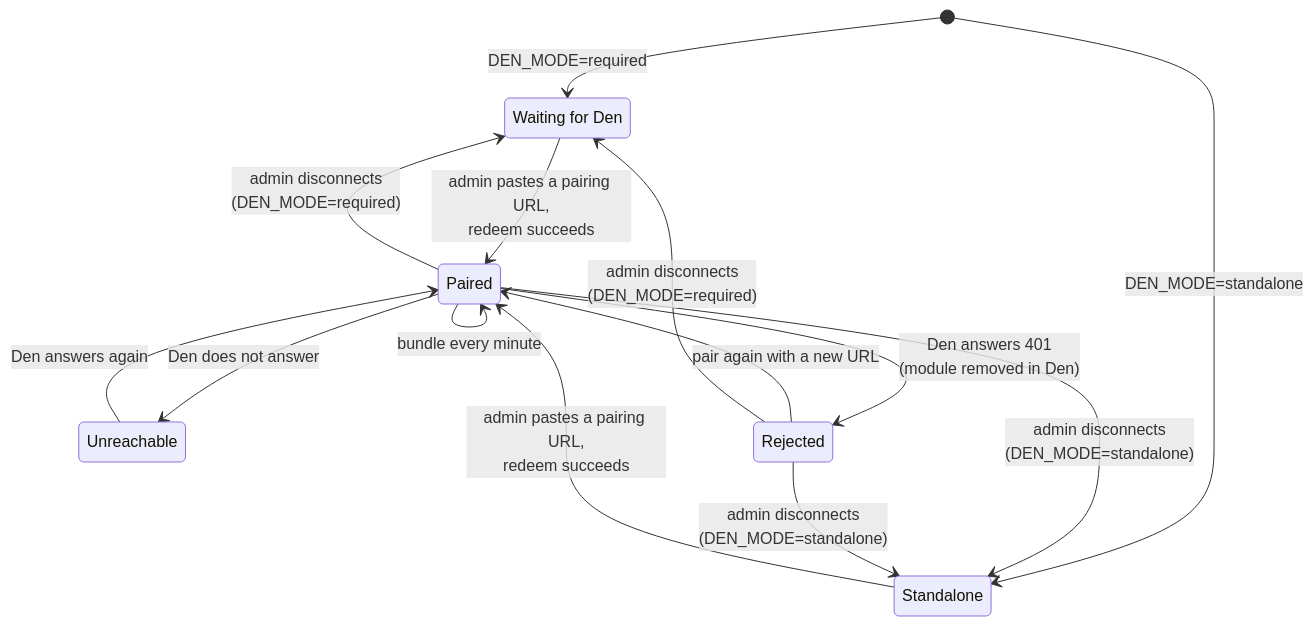
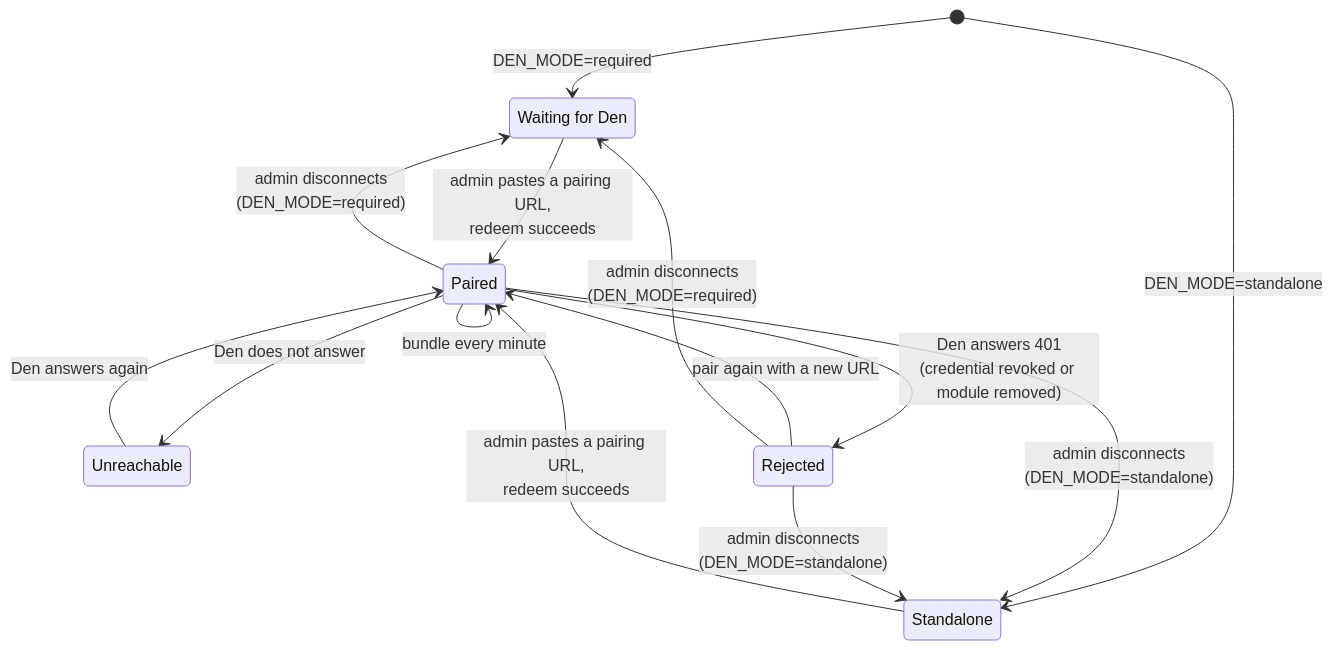
One commit to AGlElectronics/con-services changed the second of 2 diagrams in docs/concepts/pairing.md. Above: the diagram before and after it, drawn with Mermaid. The commit also changed other lines of this file and 2 other files, not shown here.

````diff
--- a/docs/concepts/pairing.md
+++ b/docs/concepts/pairing.md
@@ -92,17 +92,17 @@
 ```mermaid
 stateDiagram-v2
     state "Waiting for Den" as Waiting
     [*] --> Waiting: DEN_MODE=required
     [*] --> Standalone: DEN_MODE=standalone
     Waiting --> Paired: admin pastes a pairing URL,<br/>redeem succeeds
     Standalone --> Paired: admin pastes a pairing URL,<br/>redeem succeeds
     Paired --> Paired: bundle every minute
     Paired --> Unreachable: Den does not answer
     Unreachable --> Paired: Den answers again
-    Paired --> Rejected: Den answers 401<br/>(module removed in Den)
+    Paired --> Rejected: Den answers 401<br/>(credential revoked or module removed)
     Rejected --> Paired: pair again with a new URL
     Paired --> Standalone: admin disconnects<br/>(DEN_MODE=standalone)
     Paired --> Waiting: admin disconnects<br/>(DEN_MODE=required)
     Rejected --> Standalone: admin disconnects<br/>(DEN_MODE=standalone)
     Rejected --> Waiting: admin disconnects<br/>(DEN_MODE=required)
 ```
````
